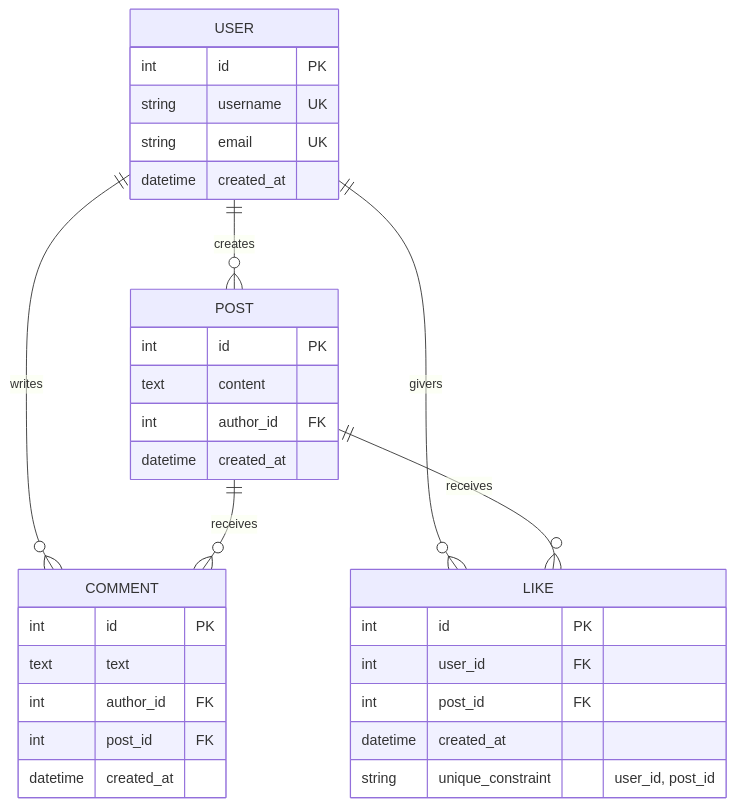
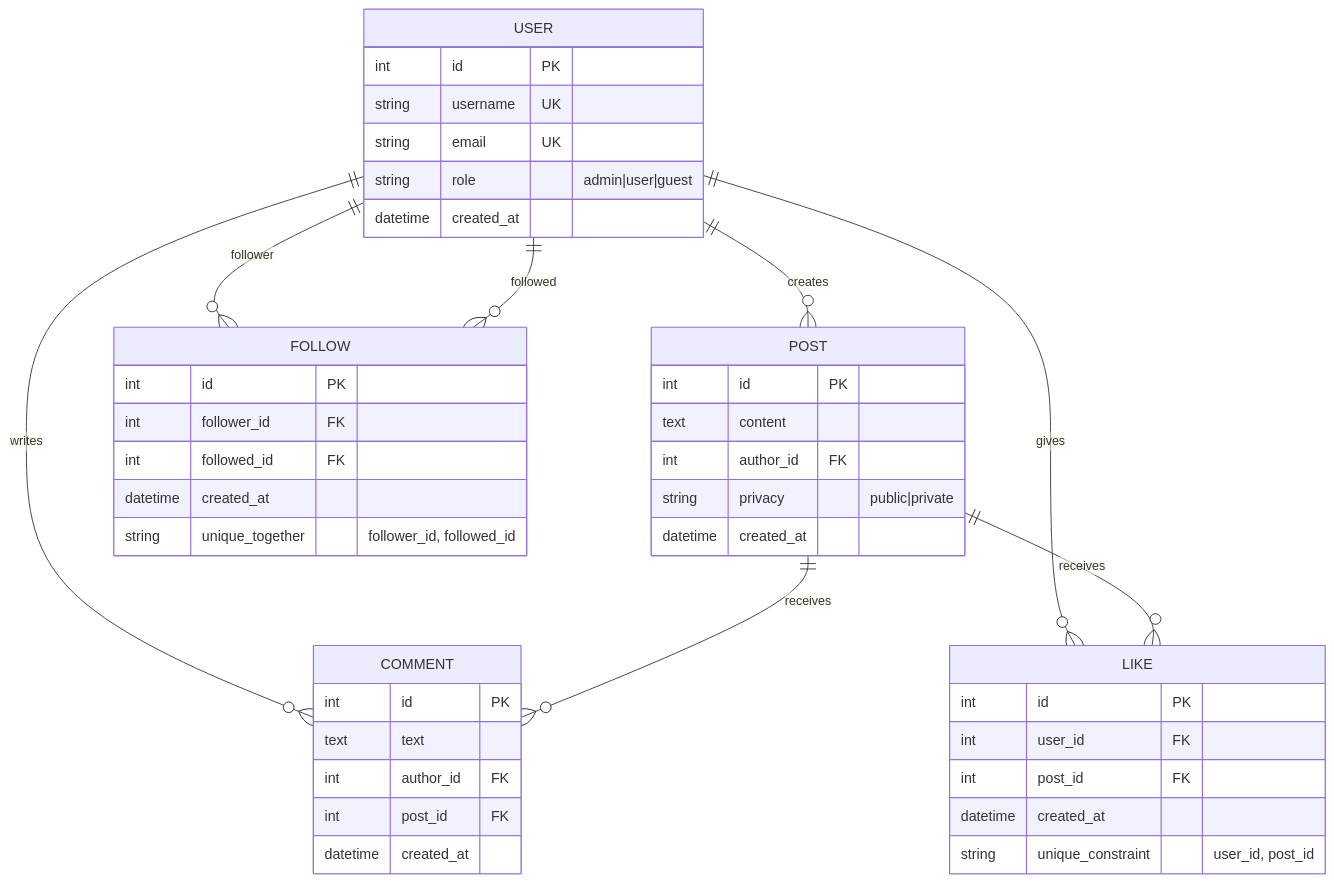
The first of 5 diagrams in README.md (ShakiraCasusi/Connectly), drawn with Mermaid before and after one commit. The commit also changed other lines of this file, not shown here.

````diff
--- a/README.md
+++ b/README.md
@@ -73,38 +104,50 @@
 ```mermaid
 erDiagram
     USER ||--o{ POST : creates
     USER ||--o{ COMMENT : writes
-    USER ||--o{ LIKE : givers
+    USER ||--o{ LIKE : gives
+    USER ||--o{ FOLLOW : follower
+    USER ||--o{ FOLLOW : followed
     POST ||--o{ COMMENT : receives
     POST ||--o{ LIKE : receives
 
     USER {
         int id PK
         string username UK
         string email UK
+        string role "admin|user|guest"
         datetime created_at
     }
 
     POST {
         int id PK
         text content
         int author_id FK
+        string privacy "public|private"
         datetime created_at
     }
 
     COMMENT {
         int id PK
         text text
         int author_id FK
         int post_id FK
         datetime created_at
     }
 
     LIKE {
         int id PK
         int user_id FK
         int post_id FK
         datetime created_at
         string unique_constraint "user_id, post_id"
     }
+
+    FOLLOW {
+        int id PK
+        int follower_id FK
+        int followed_id FK
+        datetime created_at
+        string unique_together "follower_id, followed_id"
+    }
 ```
````
